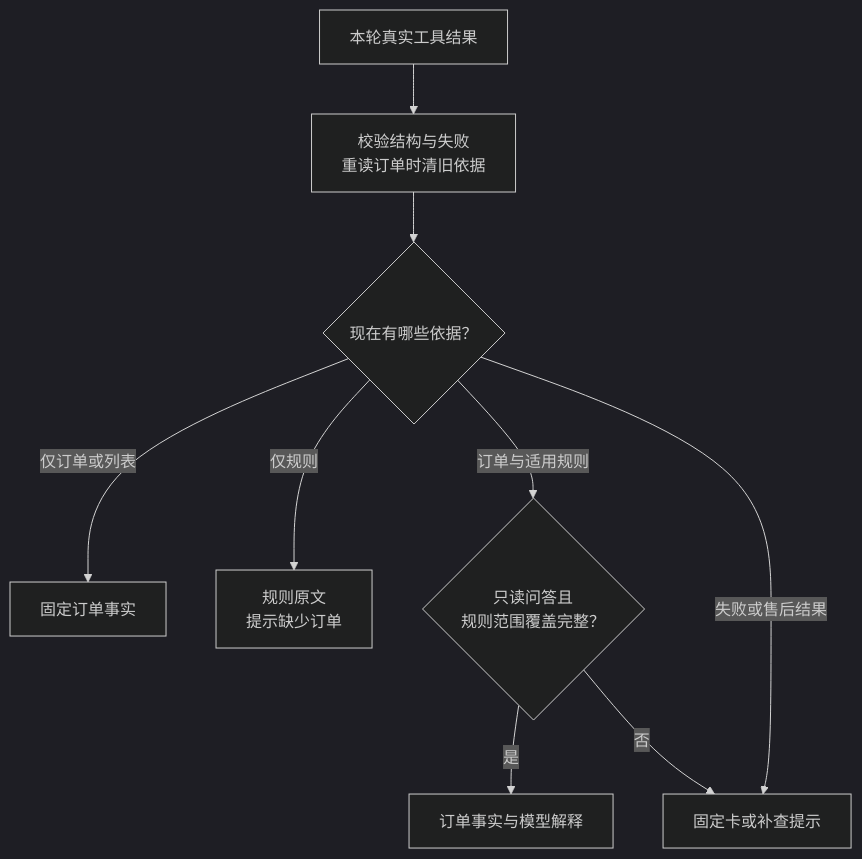
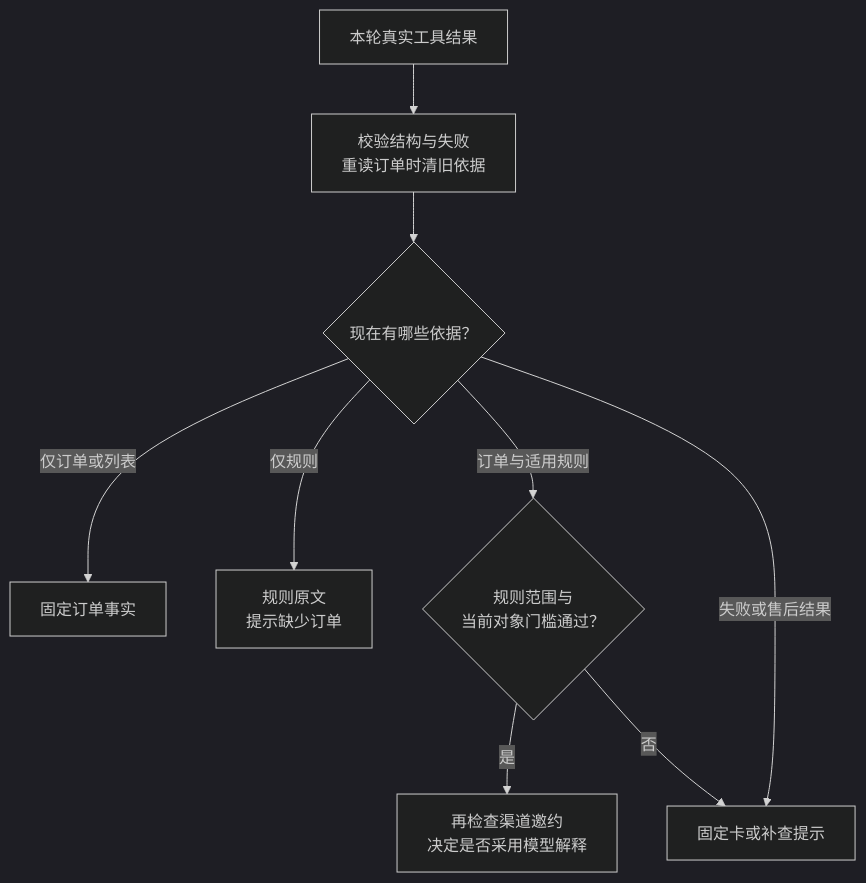
The diagram in docs/yuque/05.03-订单证据与答复正确性.md (erha1499/dave-agent), drawn with Mermaid (dark theme) before and after one commit. The commit also changed other lines of this file and 12 other files, not shown here.

````diff
--- a/docs/yuque/05.03-订单证据与答复正确性.md
+++ b/docs/yuque/05.03-订单证据与答复正确性.md
@@ -106,11 +106,11 @@
 ```mermaid
 flowchart TD
     A[本轮真实工具结果] --> B[校验结构与失败<br/>重读订单时清旧依据]
     B --> C{现在有哪些依据？}
     C -->|仅订单或列表| D[固定订单事实]
     C -->|仅规则| E[规则原文<br/>提示缺少订单]
-    C -->|订单与适用规则| F{只读问答且<br/>规则范围覆盖完整？}
-    F -->|是| G[订单事实与模型解释]
+    C -->|订单与适用规则| F{规则范围与<br/>当前对象门槛通过？}
+    F -->|是| G[再检查渠道邀约<br/>决定是否采用模型解释]
     F -->|否| H[固定卡或补查提示]
     C -->|失败或售后结果| H
 ```
````
